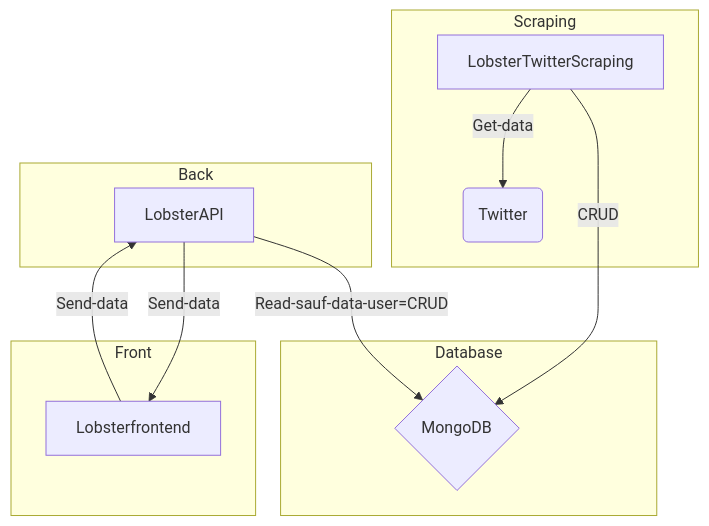
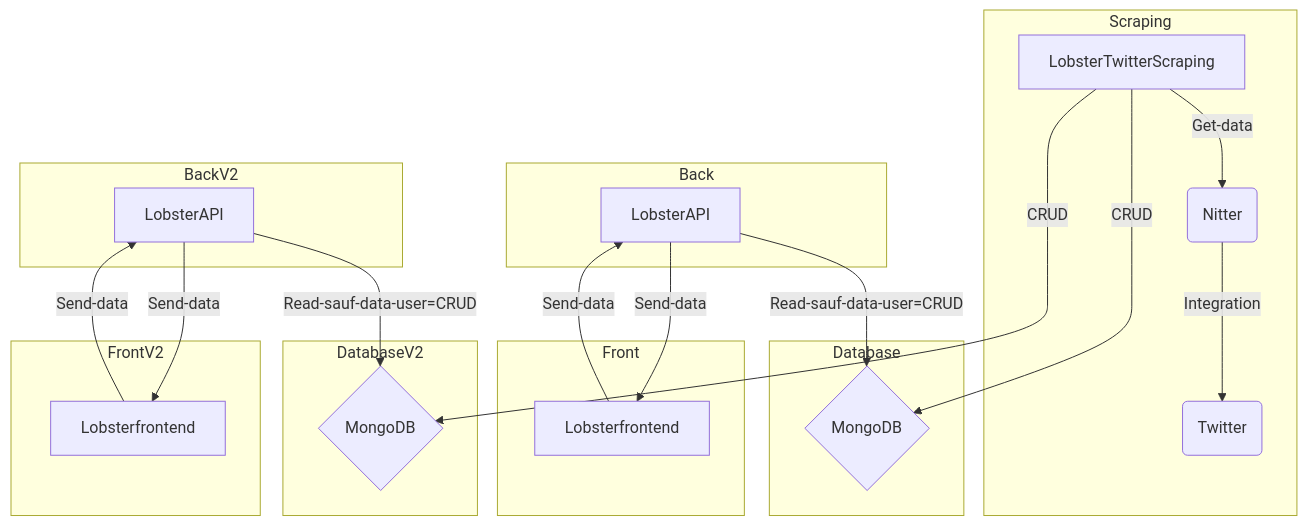
One commit to LobsterOrganization/LobsterAPI changed the diagram in README.md. Above: the diagram before and after it, drawn with Mermaid. The commit also changed other lines of this file, not shown here.

````diff
--- a/README.md
+++ b/README.md
@@ -18,16 +26,26 @@
 ```mermaid
 graph TD;
 subgraph Scraping
-A[LobsterTwitterScraping]-->|Get-data| B(Twitter)
+A[LobsterTwitterScraping]-->|Get-data| B(Nitter)-->|Integration| T(Twitter)
 end
 subgraph Database
 A ---> |CRUD| C{MongoDB}
 end
 subgraph Back
 D[LobsterAPI] --> |Read-sauf-data-user=CRUD| C
 end
 subgraph Front
 D --> |Send-data| E[Lobsterfrontend]
 E --> |Send-data| D
 end
+subgraph DatabaseV2
+A ---> |CRUD| F{MongoDB}
+end
+subgraph BackV2
+G[LobsterAPI] --> |Read-sauf-data-user=CRUD| F
+end
+subgraph FrontV2
+G --> |Send-data| H[Lobsterfrontend]
+H --> |Send-data| G
+end
 ```
````
